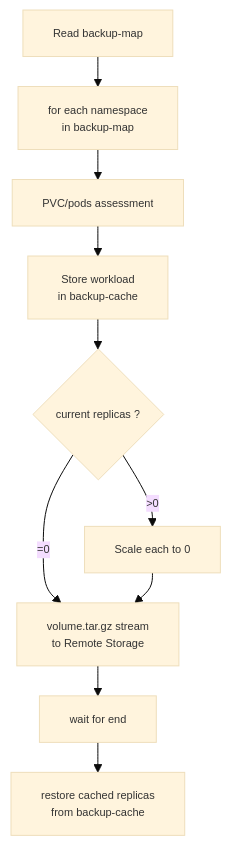
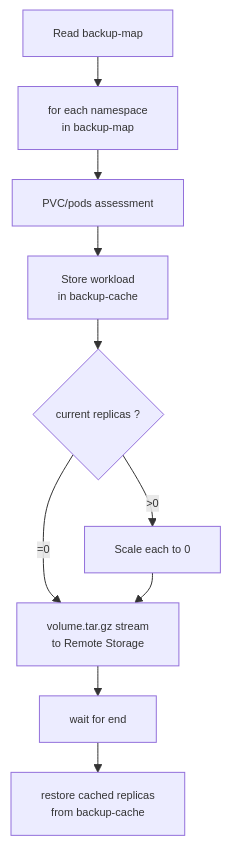
Before and after one commit to Cosmo-Tech/bkup: the first of 2 diagrams in README.md, drawn with Mermaid. The commit also changed other lines of this file, not shown here.

````diff
--- a/README.md
+++ b/README.md
@@ -235,14 +235,14 @@
 ```mermaid
-%%{init: { 'theme': 'base', 'themeVariables': { 'fontSize': '11px' }, 'flowchart': { 'rankSpacing': 30 } } }%%
+%%{init: { 'themeVariables': { 'fontSize': '11px' }, 'flowchart': { 'rankSpacing': 30 } } }%%
 flowchart TD
     A[Read backup-map]
     --> B[for each namespace <br> in backup-map]
     --> C[PVC/pods assessment]
     --> D[Store workload <br> in backup-cache]
     D --> E{current replicas ?}
     E -->|>0| F[Scale each to 0]
     E -->|=0| G[Keep as it is]
     F --> G[volume.tar.gz stream <br> to Remote Storage]
     G --> H[wait for end]
     H --> I[restore cached replicas <br> from backup-cache]
 ```
````
